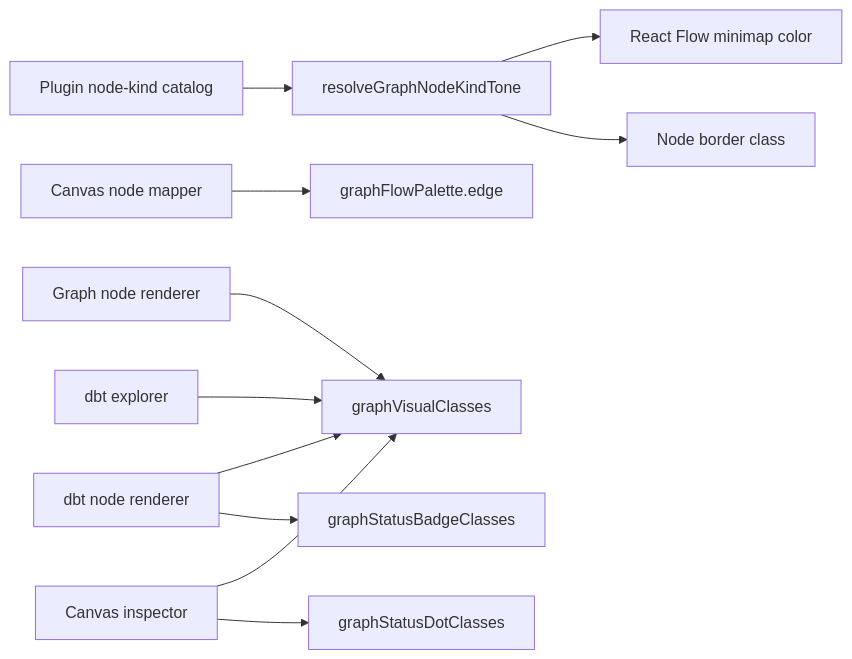
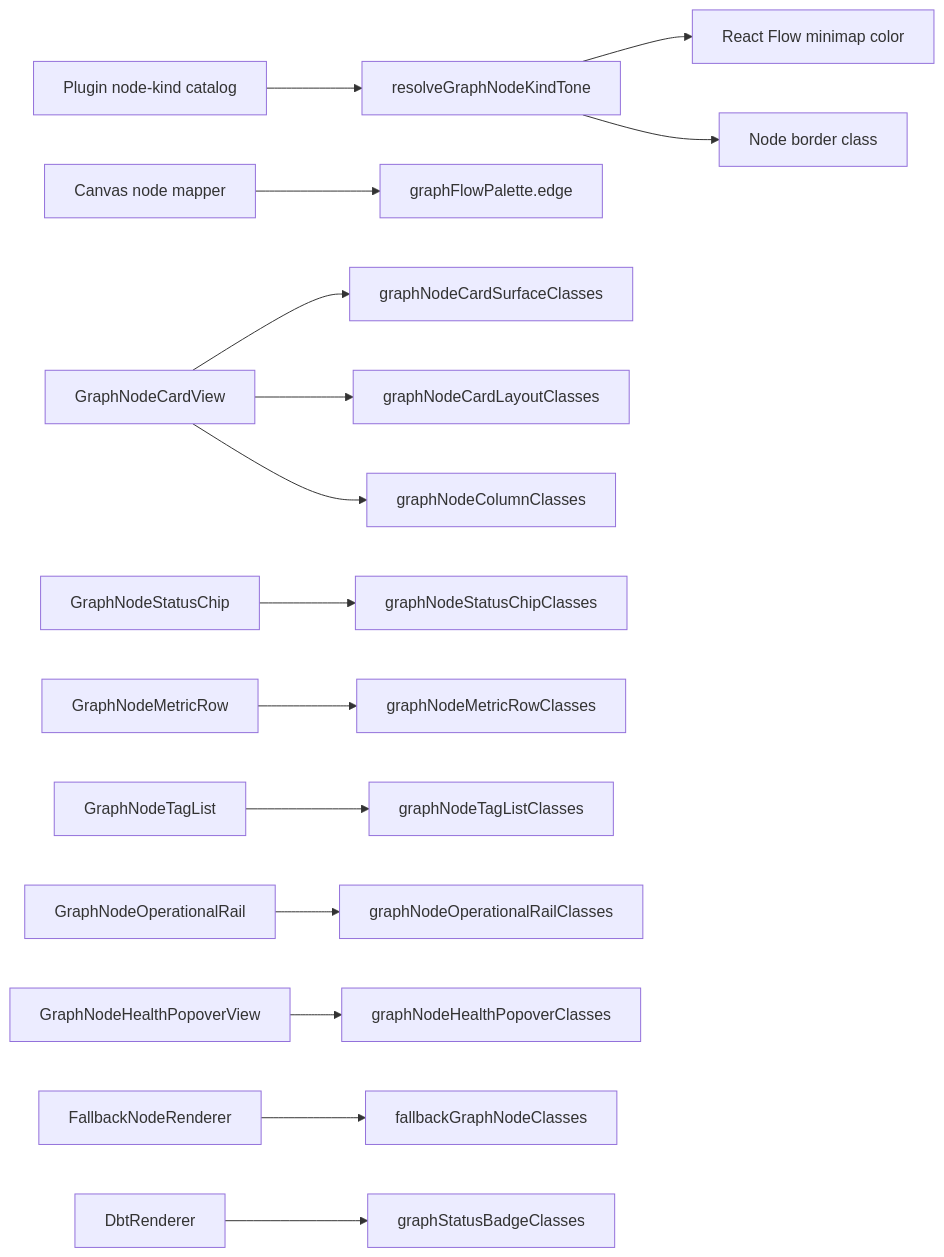
The diagram in docs/architecture/components/web/graph/react-flow-visual-token-component.md (dunay2/dvt), drawn with Mermaid before and after one commit. The commit also changed other lines of this file and 11 other files, not shown here.

Commit message:
refactor(web): Split graph node card visual tokens

````diff
--- a/docs/architecture/components/web/graph/react-flow-visual-token-component.md
+++ b/docs/architecture/components/web/graph/react-flow-visual-token-component.md
@@ -42,13 +47,17 @@
 ```mermaid
 flowchart LR
     Catalog["Plugin node-kind catalog"] --> Tone["resolveGraphNodeKindTone"]
     Tone --> Minimap["React Flow minimap color"]
     Tone --> NodeBorder["Node border class"]
     CanvasMapper["Canvas node mapper"] --> EdgePalette["graphFlowPalette.edge"]
-    Renderer["Graph node renderer"] --> Classes["graphVisualClasses"]
-    DbtRenderer["dbt node renderer"] --> Classes
+    Card["GraphNodeCardView"] --> CardSurface["graphNodeCardSurfaceClasses"]
+    Card --> CardLayout["graphNodeCardLayoutClasses"]
+    Card --> Columns["graphNodeColumnClasses"]
+    Status["GraphNodeStatusChip"] --> StatusChip["graphNodeStatusChipClasses"]
+    Metrics["GraphNodeMetricRow"] --> MetricTokens["graphNodeMetricRowClasses"]
+    Tags["GraphNodeTagList"] --> TagTokens["graphNodeTagListClasses"]
+    Rail["GraphNodeOperationalRail"] --> RailTokens["graphNodeOperationalRailClasses"]
+    Health["GraphNodeHealthPopoverView"] --> HealthTokens["graphNodeHealthPopoverClasses"]
+    Fallback["FallbackNodeRenderer"] --> FallbackTokens["fallbackGraphNodeClasses"]
     DbtRenderer --> StatusBadge["graphStatusBadgeClasses"]
-    Explorer["dbt explorer"] --> Classes
-    Inspector["Canvas inspector"] --> Classes
-    Inspector --> StatusDot["graphStatusDotClasses"]
 ```
````
